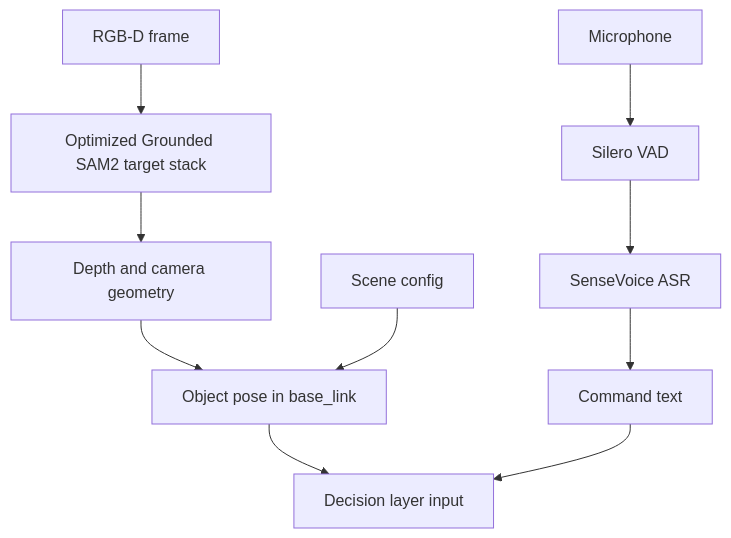
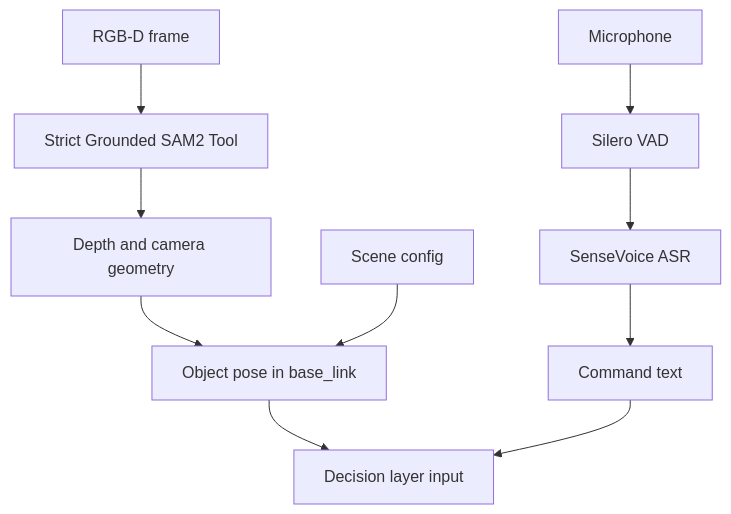
One commit to Yiannnn-202/SensorAgent changed the second of 4 diagrams in architecture.md. Above: the diagram before and after it, drawn with Mermaid. The commit also changed other lines of this file and 16 other files, not shown here.

Commit message:
Add strict Grounded SAM2 vision tool

````diff
--- a/architecture.md
+++ b/architecture.md
@@ -54,14 +54,14 @@
 ```mermaid
 flowchart TB
   mic["Microphone"] --> vad["Silero VAD"]
   vad --> asr["SenseVoice ASR"]
   asr --> text["Command text"]
 
-  rgbd["RGB-D frame"] --> det["Optimized Grounded SAM2 target stack"]
+  rgbd["RGB-D frame"] --> det["Strict Grounded SAM2 Tool"]
   det --> geom["Depth and camera geometry"]
   geom --> pose["Object pose in base_link"]
 
   scene["Scene config"] --> pose
   pose --> decision["Decision layer input"]
   text --> decision
 ```
````
